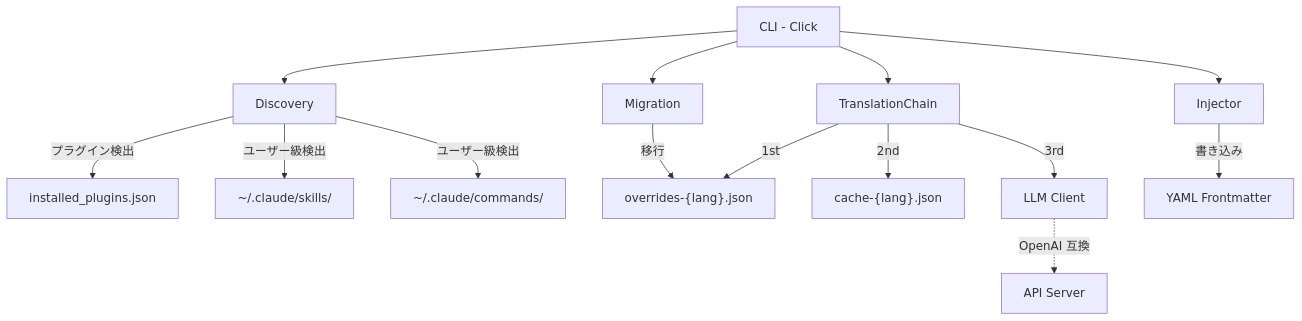
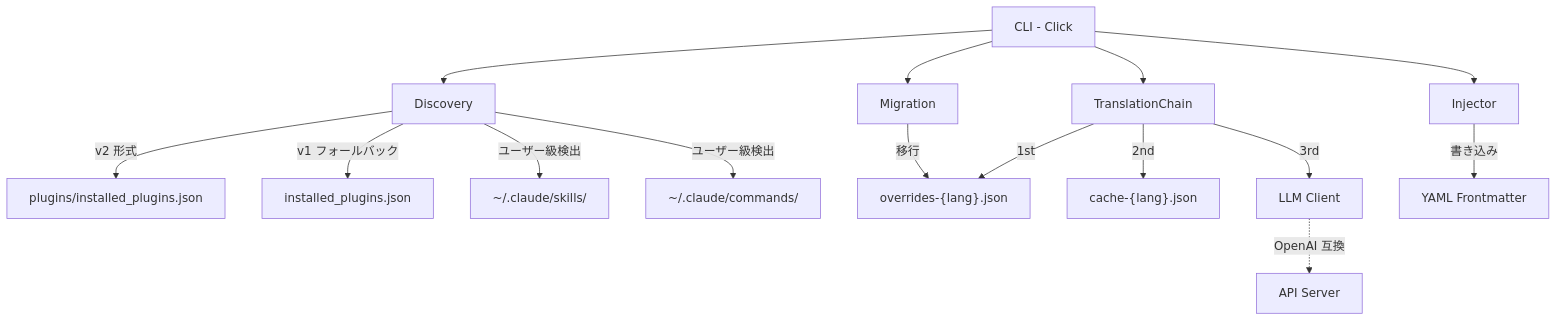
The second of 2 diagrams in README.ja.md (debug-zhuweijian/claude-translator), drawn with Mermaid before and after one commit. The commit also changed other lines of this file and 4 other files, not shown here.

````diff
--- a/README.ja.md
+++ b/README.ja.md
@@ -183,20 +232,21 @@
 ```mermaid
 graph TB
     CLI[CLI - Click] --> DISC[Discovery]
     CLI --> TRANS[TranslationChain]
     CLI --> INJ[Injector]
     CLI --> MIGR[Migration]
 
-    DISC --> |プラグイン検出| PLUGIN[installed_plugins.json]
-    DISC --> |ユーザー級検出| USER[~/.claude/skills/]
-    DISC --> |ユーザー級検出| USERC[~/.claude/commands/]
+    DISC --> |v2 形式| V2["plugins/installed_plugins.json"]
+    DISC --> |v1 フォールバック| V1["installed_plugins.json"]
+    DISC --> |ユーザー級検出| USER["~/.claude/skills/"]
+    DISC --> |ユーザー級検出| USERC["~/.claude/commands/"]
 
     TRANS --> |1st| OV["overrides-{lang}.json"]
     TRANS --> |2nd| CACHE["cache-{lang}.json"]
     TRANS --> |3rd| LLM[LLM Client]
 
     INJ --> |書き込み| FM[YAML Frontmatter]
     MIGR --> |移行| OV
 
     LLM -.-> |OpenAI 互換| API[API Server]
 ```
````
